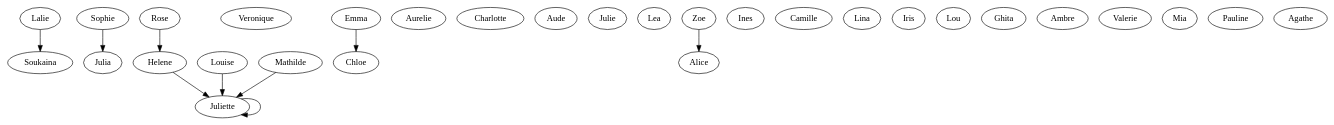
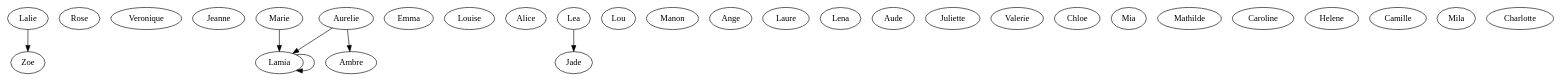
One commit to Slash-stack/Aquarium changed the diagram in output/dotFiles/round20.dot. Above: the diagram before and after it, drawn with Graphviz. The commit also changed 38 other files, not shown here.

```diff
--- a/output/dotFiles/round20.dot
+++ b/output/dotFiles/round20.dot
@@ -1,81 +1,63 @@
 strict digraph G {
-  Soukaina;
-  Julia;
+  Zoe;
   Rose;
   Veronique;
+  Jeanne;
+  Lamia;
+  Lamia;
+  Lamia;
   Emma;
   Aurelie;
+  Louise;
+  Alice;
+  Lamia;
+  Lea;
+  Jade;
+  Lou;
+  Marie;
+  Marie;
+  Aurelie;
+  Ambre;
+  Lamia;
+  Jeanne;
   Lalie;
-  Charlotte;
+  Manon;
+  Ange;
+  Laure;
+  Lena;
   Aude;
-  Julie;
-  Soukaina;
   Juliette;
-  Lalie;
-  Juliette;
+  Jeanne;
+  Valerie;
+  Chloe;
+  Mia;
+  Chloe;
+  Aurelie;
   Lea;
-  Sophie;
-  Louise;
-  Julia;
-  Zoe;
-  Ines;
-  Juliette;
-  Juliette;
-  Camille;
-  Mathilde;
-  Aurelie;
-  Aude;
-  Helene;
-  Lina;
-  Veronique;
-  Chloe;
-  Soukaina;
-  Louise;
-  Veronique;
-  Soukaina;
-  Iris;
-  Lou;
-  Lou;
-  Lou;
-  Juliette;
-  Ghita;
-  Ines;
-  Ines;
-  Chloe;
-  Ambre;
-  Lina;
-  Julia;
-  Iris;
-  Valerie;
-  Helene;
-  Ambre;
-  Lalie;
-  Veronique;
-  Zoe;
-  Sophie;
-  Soukaina;
-  Mia;
-  Sophie;
   Rose;
   Mathilde;
-  Aurelie;
-  Louise;
-  Emma;
+  Lalie;
+  Ange;
+  Alice;
+  Caroline;
+  Veronique;
+  Lalie;
+  Mia;
+  Lamia;
+  Zoe;
+  Lamia;
+  Mathilde;
+  Helene;
+  Veronique;
+  Camille;
+  Mila;
+  Marie;
   Charlotte;
-  Alice;
-  Pauline;
-  Aude;
-  Lalie;
-  Aude;
-  Agathe;
-  Zoe;
-  Juliette -> Juliette;
-  Sophie -> Julia;
-  Louise -> Juliette;
-  Mathilde -> Juliette;
-  Helene -> Juliette;
-  Lalie -> Soukaina;
-  Zoe -> Alice;
-  Rose -> Helene;
-  Emma -> Chloe;
+  Charlotte;
+  Aurelie -> Lamia;
+  Lea -> Jade;
+  Marie -> Lamia;
+  Aurelie -> Ambre;
+  Lalie -> Zoe;
+  Lamia -> Lamia;
 }
```
